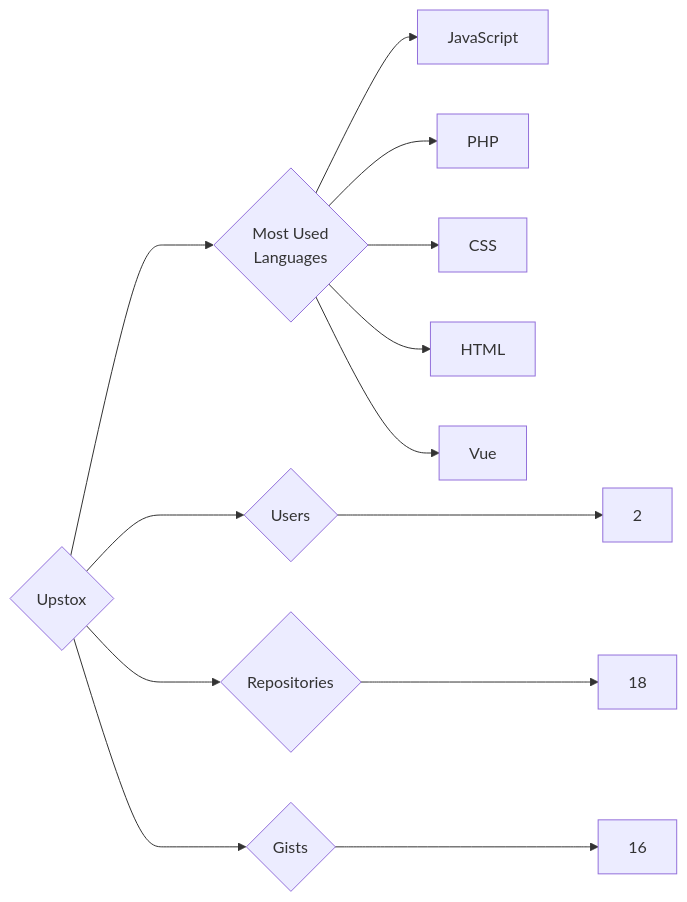
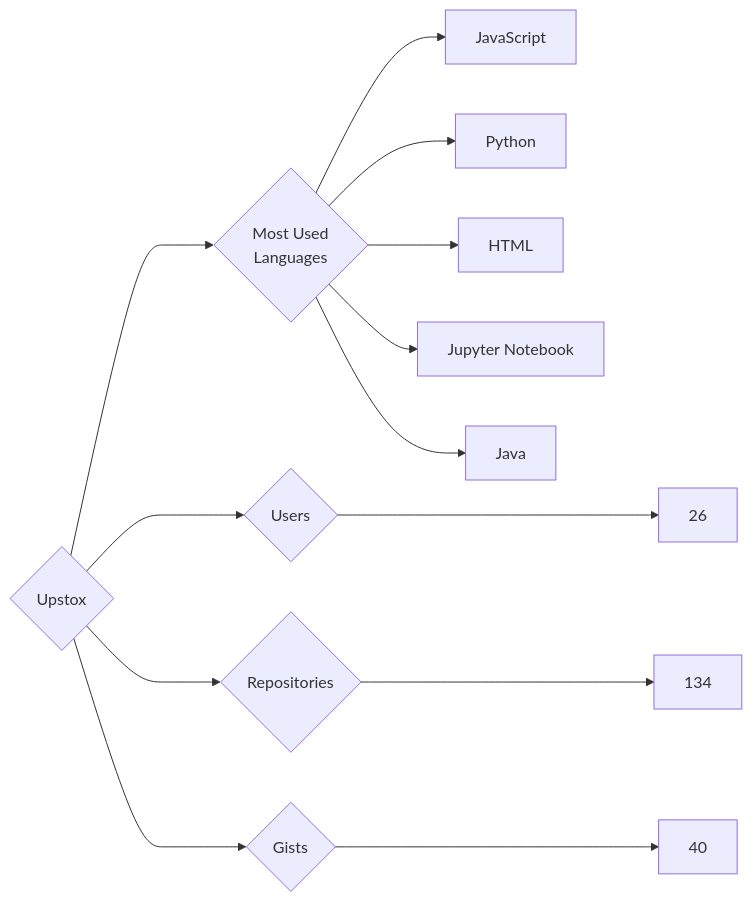
One commit to trickest/insiders changed the diagram in targets/Upstox/README.md. Above: the diagram before and after it, drawn with Mermaid. The commit also changed 534 other files, not shown here.

````diff
--- a/targets/Upstox/README.md
+++ b/targets/Upstox/README.md
@@ -3,13 +3,13 @@
 ```mermaid
 graph LR
 COMPANY_NAME{Upstox}
-COMPANY_NAME ---> U{Users} ---> UN[2]
-COMPANY_NAME ---> R{Repositories} ---> RN[18]
-COMPANY_NAME ---> G{Gists} ---> GN[16]
+COMPANY_NAME ---> U{Users} ---> UN[26]
+COMPANY_NAME ---> R{Repositories} ---> RN[134]
+COMPANY_NAME ---> G{Gists} ---> GN[40]
 COMPANY_NAME ---> ML{Most Used<br>Languages}
 ML --> JavaScript[JavaScript]
-ML --> PHP[PHP]
-ML --> CSS[CSS]
+ML --> Python[Python]
 ML --> HTML[HTML]
-ML --> Vue[Vue]
+ML --> Jupyter_Notebook[Jupyter Notebook]
+ML --> Java[Java]
 ```
````
